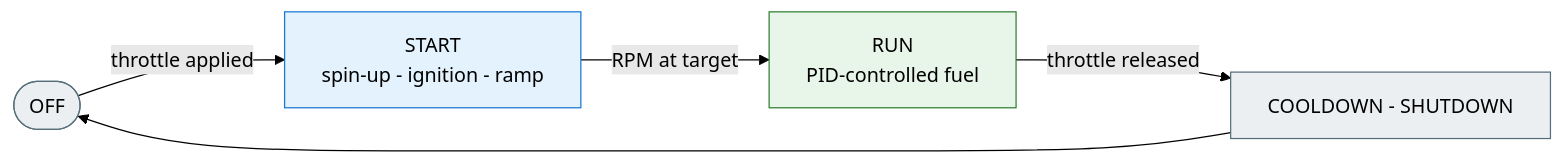
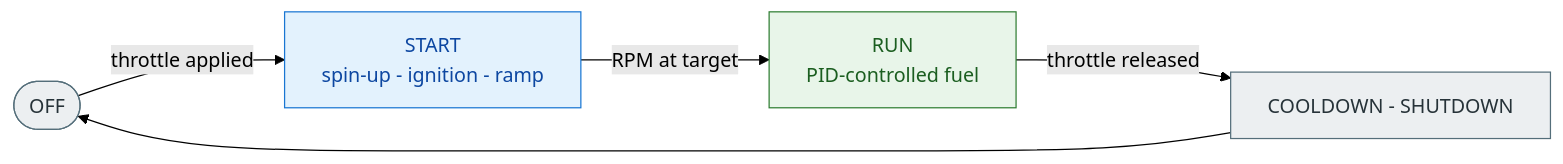
The third of 3 diagrams in doc/index.rst (jakub-michalik/JetECU-Core), drawn with Mermaid (forest theme) before and after one commit. The commit also changed other lines of this file and 5 other files, not shown here.

First line of the commit message:
docs: fix Mermaid label readability on RTD theme

```diff
--- a/doc/index.rst
+++ b/doc/index.rst
@@ -57,14 +57,14 @@
 .. mermaid::
 
    flowchart LR
        OFF([OFF]) -->|throttle applied| START[START<br/>spin-up - ignition - ramp]
        START -->|RPM at target| RUN[RUN<br/>PID-controlled fuel]
        RUN -->|throttle released| STOP[COOLDOWN - SHUTDOWN]
        STOP --> OFF
 
-       classDef idle fill:#eceff1,stroke:#546e7a;
-       classDef act  fill:#e3f2fd,stroke:#1976d2;
-       classDef run  fill:#e8f5e9,stroke:#2e7d32;
+       classDef idle fill:#eceff1,stroke:#546e7a,color:#263238;
+       classDef act  fill:#e3f2fd,stroke:#1976d2,color:#0d47a1;
+       classDef run  fill:#e8f5e9,stroke:#2e7d32,color:#1b5e20;
        class OFF,STOP idle;
        class START act;
        class RUN run;
```
